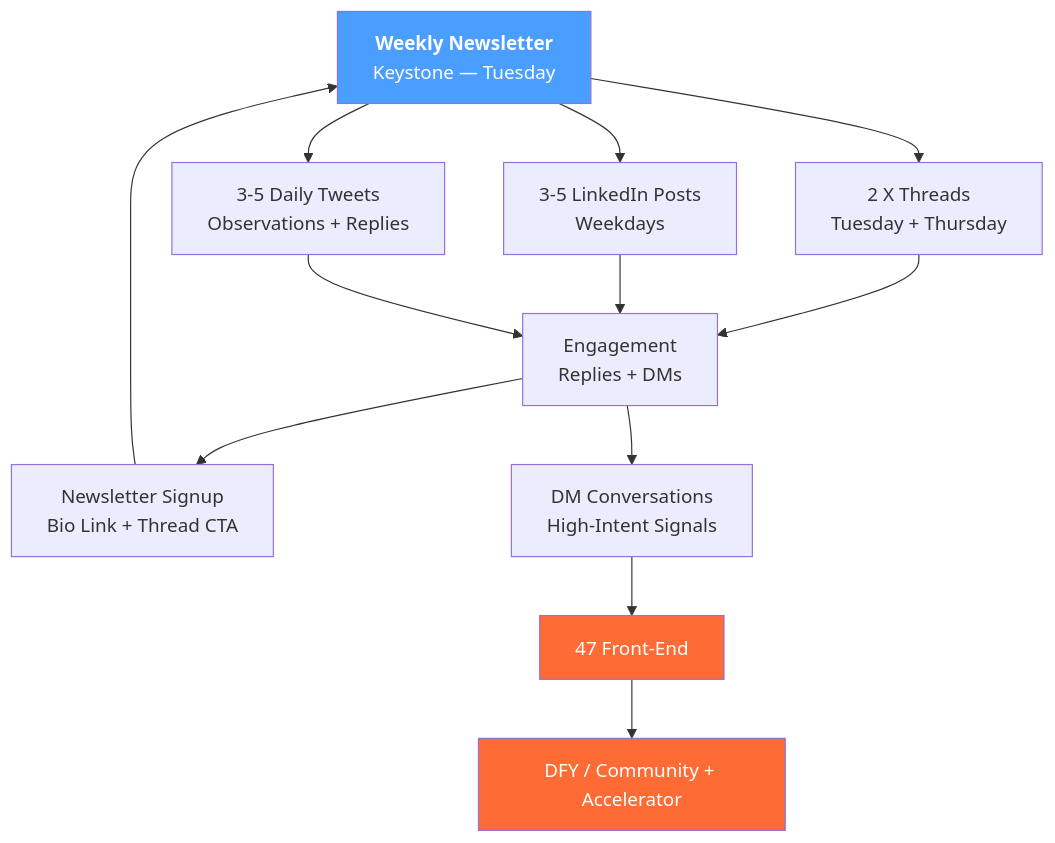
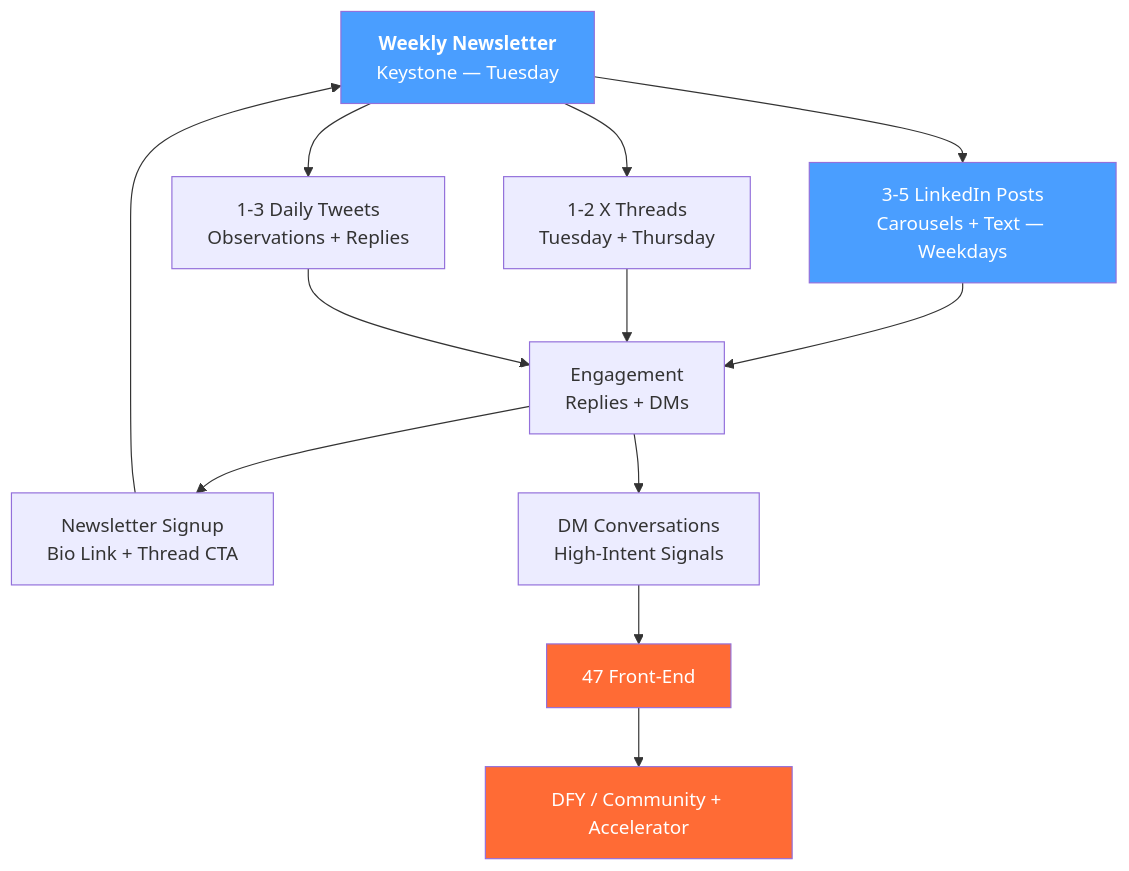
Before and after one commit to mike-scott-darwin/client-ready: the diagram in reference/domain/content-strategy.md, drawn with Mermaid. The commit also changed other lines of this file and 6 other files, not shown here.

````diff
--- a/reference/domain/content-strategy.md
+++ b/reference/domain/content-strategy.md
@@ -30,21 +31,22 @@
 ```mermaid
 graph TD
-    NL["<b>Weekly Newsletter</b><br/>Keystone — Tuesday"] --> TH["2 X Threads<br/>Tuesday + Thursday"]
-    NL --> LI["3-5 LinkedIn Posts<br/>Weekdays"]
-    NL --> TW["3-5 Daily Tweets<br/>Observations + Replies"]
-    
-    TH --> ENG["Engagement<br/>Replies + DMs"]
-    LI --> ENG
+    NL["<b>Weekly Newsletter</b><br/>Keystone — Tuesday"] --> LI["3-5 LinkedIn Posts<br/>Carousels + Text — Weekdays"]
+    NL --> TH["1-2 X Threads<br/>Tuesday + Thursday"]
+    NL --> TW["1-3 Daily Tweets<br/>Observations + Replies"]
+
+    LI --> ENG["Engagement<br/>Replies + DMs"]
+    TH --> ENG
     TW --> ENG
-    
+
     ENG --> SUB["Newsletter Signup<br/>Bio Link + Thread CTA"]
     SUB --> NL
-    
+
     ENG --> DM["DM Conversations<br/>High-Intent Signals"]
     DM --> FE["47 Front-End"]
     FE --> SP["DFY / Community + Accelerator"]
-    
+
     style NL fill:#4a9eff,color:#fff
+    style LI fill:#4a9eff,color:#fff
     style FE fill:#ff6b35,color:#fff
     style SP fill:#ff6b35,color:#fff
 ```
````
